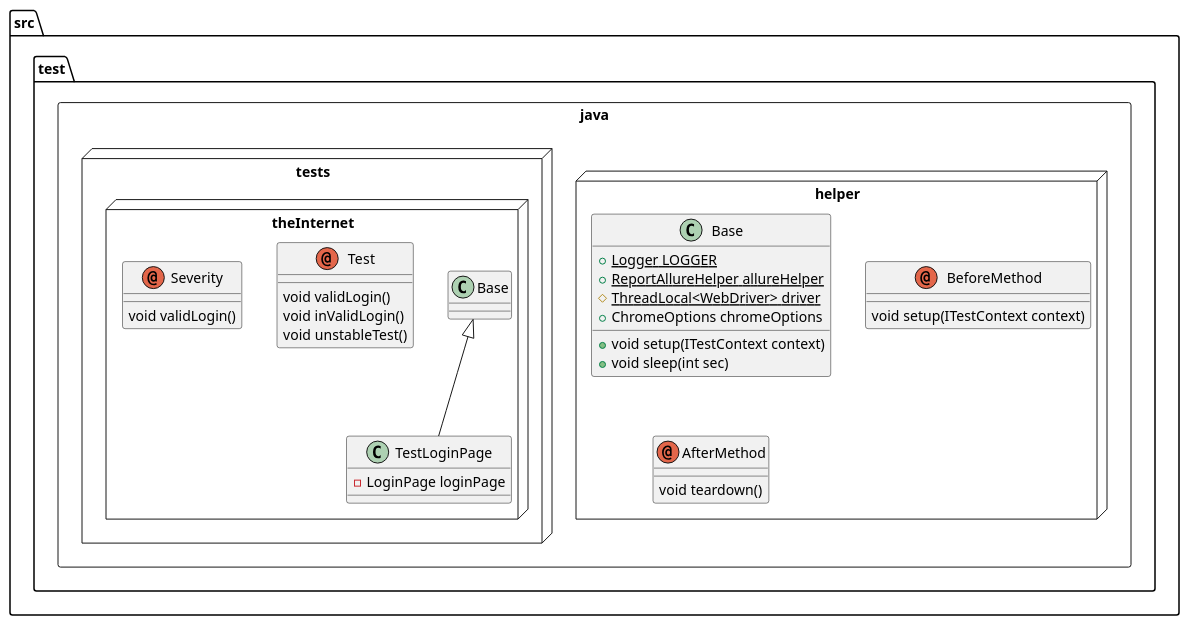
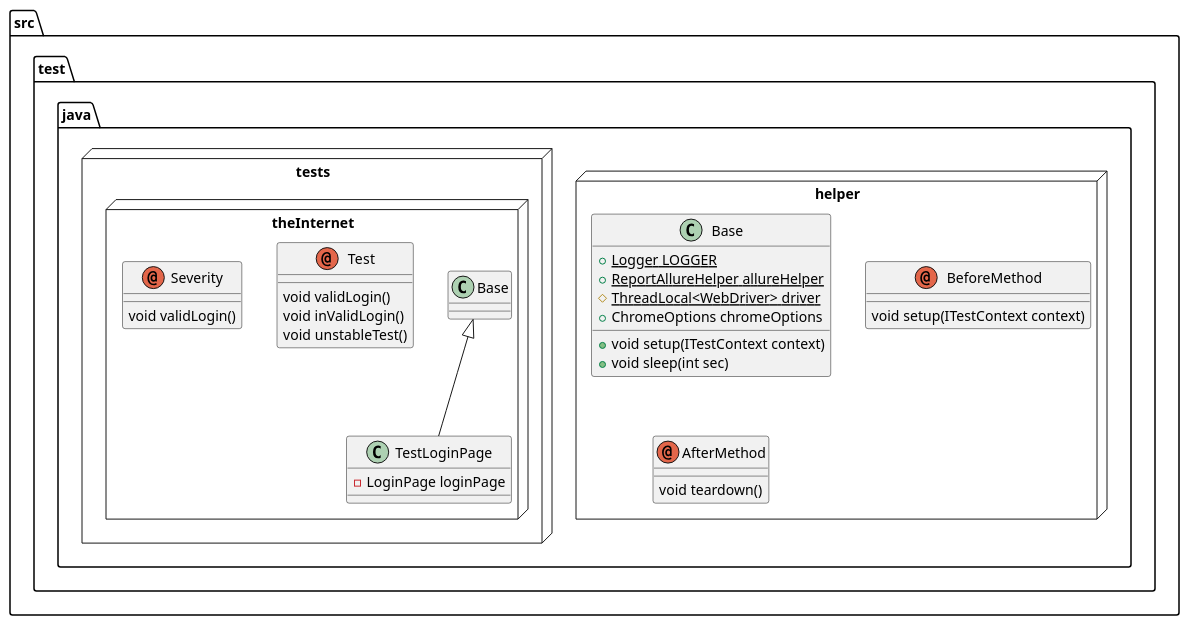
Before and after one commit to jagadeeshshetty/SeleniumMaven: the diagram in docs/class-diagram/demo.puml, drawn with PlantUML. The commit also changed 1 other file, not shown here.

```diff
--- a/docs/class-diagram/demo.puml
+++ b/docs/class-diagram/demo.puml
@@ -1,40 +1,40 @@
 @startuml Demo
 
-package src.test.java <<Rectangle>> {
+package src.test.java <<Folder>> {
 
 package helper <<Node>> {
 
 class Base {
   + {static} Logger LOGGER
   + {static} ReportAllureHelper allureHelper
   # {static} ThreadLocal<WebDriver> driver
   + ChromeOptions chromeOptions
 
   + void setup(ITestContext context)
   + void sleep(int sec)
 }
 annotation BeforeMethod {
   void setup(ITestContext context)
 }
 annotation AfterMethod {
   void teardown()
 }
 }
 
 package tests <<Node>> {
   package theInternet <<Node>> {
   class TestLoginPage extends Base {
     - LoginPage loginPage
   }
 annotation Test {
   void validLogin()
   void inValidLogin()
   void unstableTest()
 }
 annotation Severity {
   void validLogin()
 }
 }
 }
 
 @enduml
```
